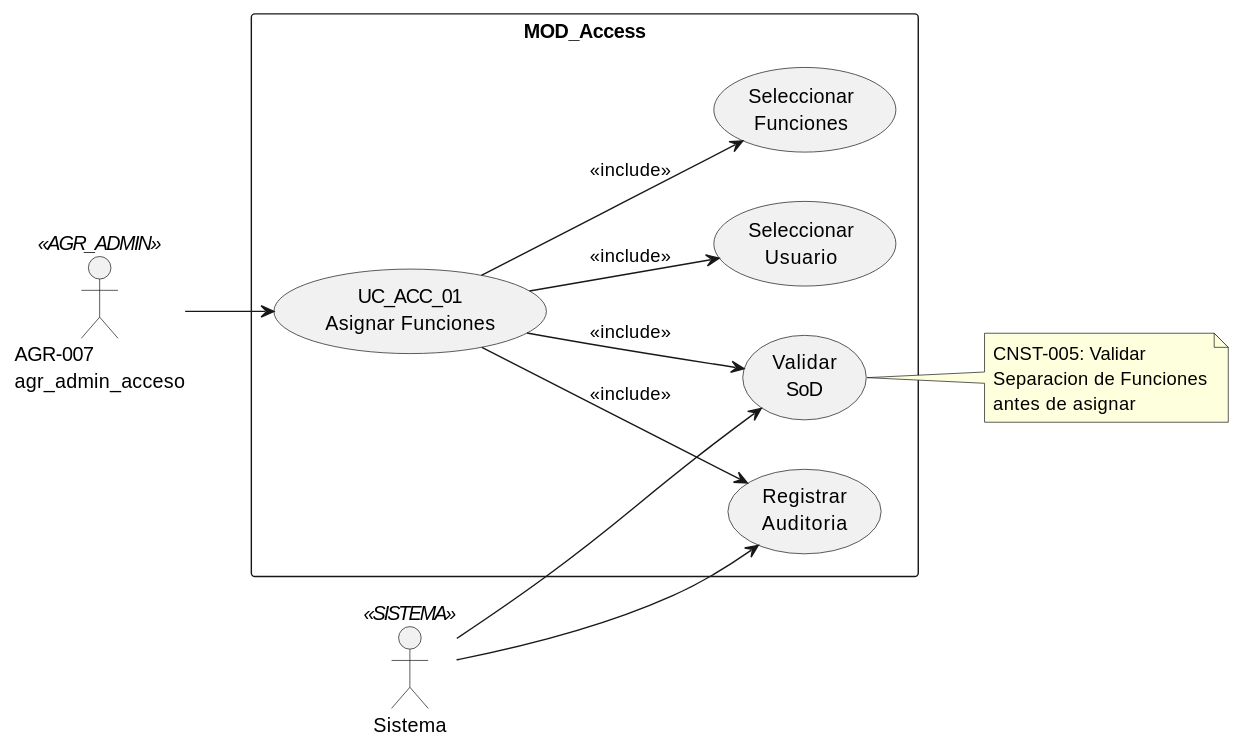
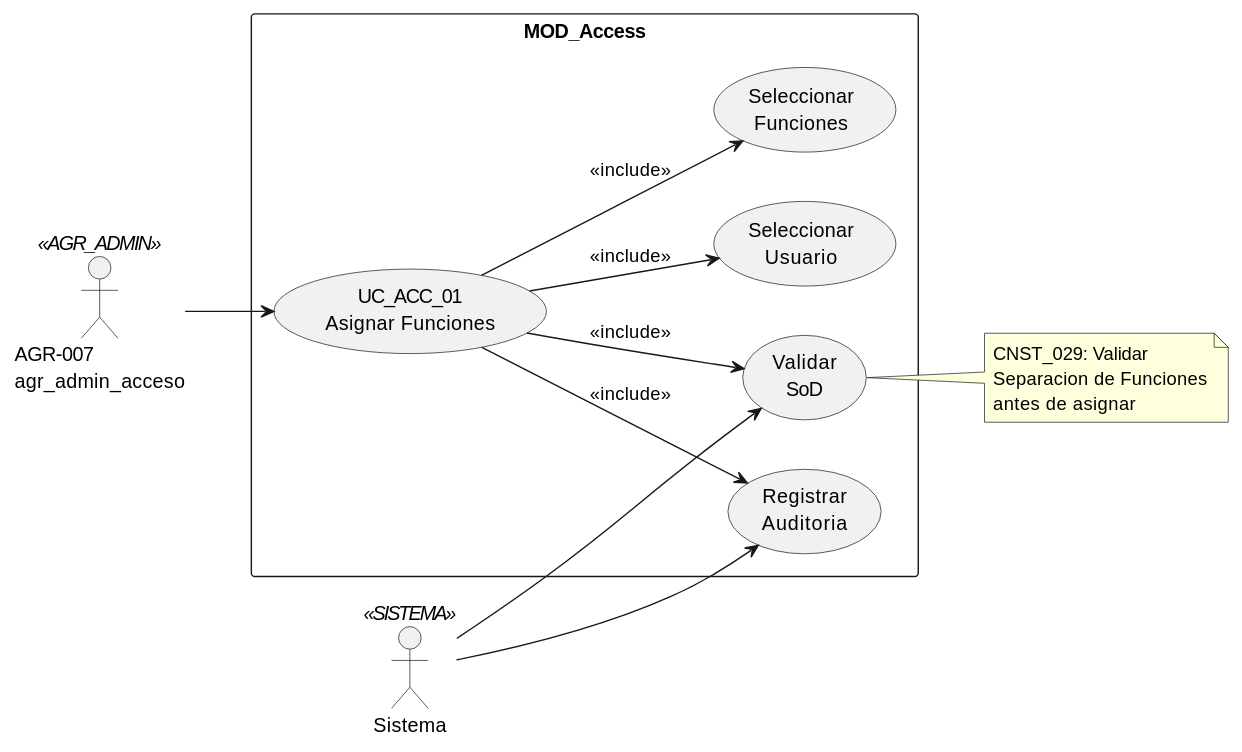
The first of 3 diagrams in source/requisitos/casos_uso/access/UC_ACC_01_Asignar_Funciones.rst (jcg-admin/IACT-docs), drawn with PlantUML before and after one commit. The commit also changed other lines of this file and 67 other files, not shown here.

```diff
--- a/source/requisitos/casos_uso/access/UC_ACC_01_Asignar_Funciones.rst
+++ b/source/requisitos/casos_uso/access/UC_ACC_01_Asignar_Funciones.rst
@@ -66,33 +75,33 @@
 .. uml::
    :caption: Diagrama de Caso de Uso - UC_ACC_01
 
    @startuml
 
    left to right direction
 
    actor "AGR-007\nagr_admin_acceso" as ADMIN <<AGR_ADMIN>>
    actor "Sistema" as SYS <<SISTEMA>>
 
    rectangle "MOD_Access" {
      usecase "UC_ACC_01\nAsignar Funciones" as UC01
      usecase "Seleccionar\nUsuario" as SEL
      usecase "Seleccionar\nFunciones" as FUNC
      usecase "Validar\nSoD" as SOD
      usecase "Registrar\nAuditoria" as AUD
    }
 
    ADMIN --> UC01
    UC01 --> SEL : <<include>>
    UC01 --> FUNC : <<include>>
    UC01 --> SOD : <<include>>
    UC01 --> AUD : <<include>>
    SYS --> SOD
    SYS --> AUD
 
    note right of SOD
-     CNST-005: Validar
+     CNST_029: Validar
      Separacion de Funciones
      antes de asignar
    end note
 
    @enduml
```
